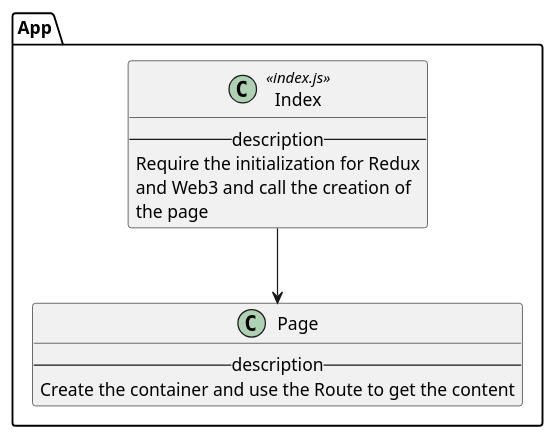
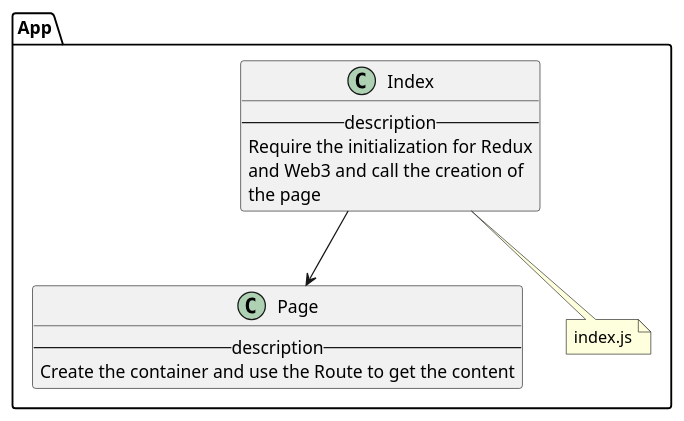
The diagram in react/app/index.iuml (M9k/Marvin-Uml), drawn with PlantUML before and after one commit. The commit also changed 7 other files, not shown here.

Commit message:
Corretti commenti secondo standard UML

```diff
--- a/react/app/index.iuml
+++ b/react/app/index.iuml
@@ -1,14 +1,16 @@
 package App {
 
-    class Index <<index.js>> {
+    class Index {
     --description--
         Require the initialization for Redux
         and Web3 and call the creation of
         the page
     } 
     class Page {
     --description--
         Create the container and use the Route to get the content
     } 
 	Index --> Page
+
+note bottom of Index : index.js
 }
```
